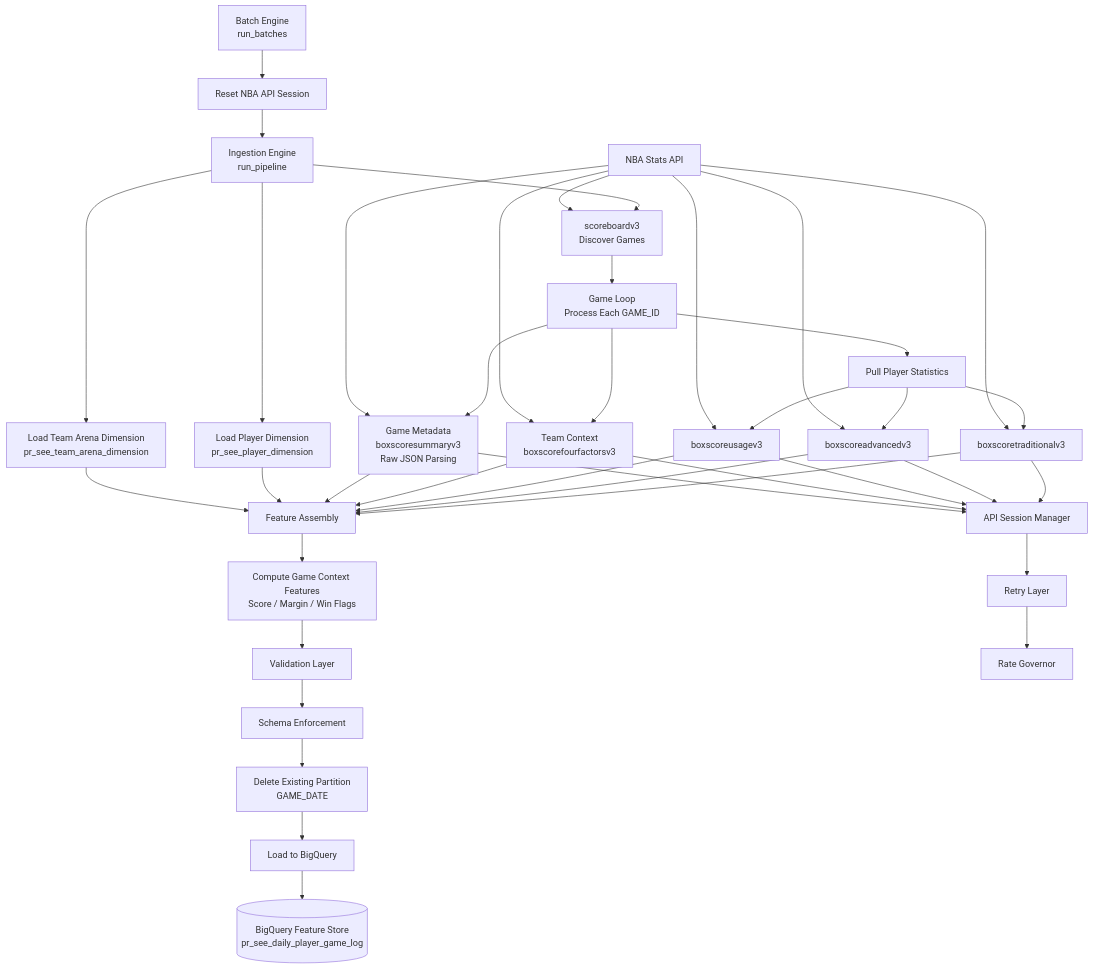
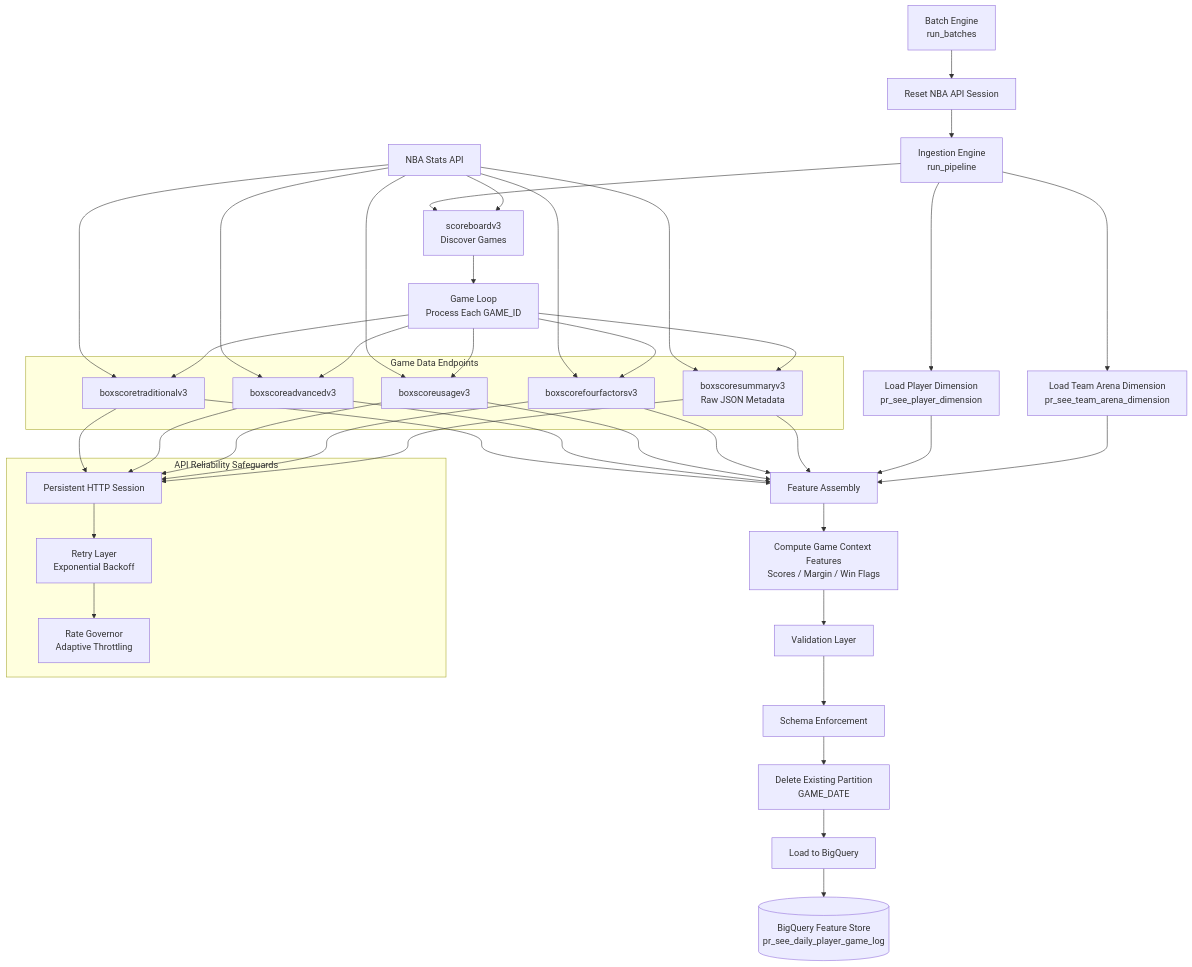
One commit to zh412/nba-feature-store changed the diagram in README.md. Above: the diagram before and after it, drawn with Mermaid.

Commit message:
Fix architecture diagram to reflect actual ingestion pipeline flow

````diff
--- a/README.md
+++ b/README.md
@@ -66,13 +66,11 @@
 flowchart TD
 
 %% =========================================================
-%% PIPELINE ENTRY
+%% PIPELINE ORCHESTRATION
 %% =========================================================
 
 A[Batch Engine<br>run_batches]
-
 A --> B[Reset NBA API Session]
-
 B --> C[Ingestion Engine<br>run_pipeline]
 
 %% =========================================================
@@ -80,7 +78,6 @@
 %% =========================================================
 
 C --> D[Load Player Dimension<br>pr_see_player_dimension]
-
 C --> E[Load Team Arena Dimension<br>pr_see_team_arena_dimension]
 
 %% =========================================================
@@ -89,93 +86,89 @@
 
 C --> F[scoreboardv3<br>Discover Games]
 
-NBA[NBA Stats API] --> F
+API[NBA Stats API] --> F
 
 F --> G[Game Loop<br>Process Each GAME_ID]
 
 %% =========================================================
-%% PLAYER STAT COLLECTION
+%% GAME DATA COLLECTION
 %% =========================================================
 
-G --> H[Pull Player Statistics]
+subgraph GAME_ENDPOINTS[Game Data Endpoints]
 
-H --> I[boxscoretraditionalv3]
-H --> J[boxscoreadvancedv3]
-H --> K[boxscoreusagev3]
+T1[boxscoretraditionalv3]
+T2[boxscoreadvancedv3]
+T3[boxscoreusagev3]
+T4[boxscorefourfactorsv3]
+T5[boxscoresummaryv3<br>Raw JSON Metadata]
 
-NBA --> I
-NBA --> J
-NBA --> K
+end
 
-%% =========================================================
-%% GAME CONTEXT
-%% =========================================================
+API --> T1
+API --> T2
+API --> T3
+API --> T4
+API --> T5
 
-G --> L[Team Context<br>boxscorefourfactorsv3]
-
-NBA --> L
-
-%% =========================================================
-%% GAME METADATA
-%% =========================================================
-
-G --> M[Game Metadata<br>boxscoresummaryv3<br>Raw JSON Parsing]
-
-NBA --> M
+G --> T1
+G --> T2
+G --> T3
+G --> T4
+G --> T5
 
 %% =========================================================
 %% FEATURE ASSEMBLY
 %% =========================================================
 
-I --> N[Feature Assembly]
-J --> N
-K --> N
-L --> N
-M --> N
+T1 --> H[Feature Assembly]
+T2 --> H
+T3 --> H
+T4 --> H
+T5 --> H
 
-D --> N
-E --> N
+D --> H
+E --> H
 
 %% =========================================================
 %% DERIVED FEATURES
 %% =========================================================
 
-N --> O[Compute Game Context Features<br>Score / Margin / Win Flags]
+H --> I[Compute Game Context Features<br>Scores / Margin / Win Flags]
 
 %% =========================================================
-%% DATA VALIDATION
+%% DATA QUALITY LAYER
 %% =========================================================
 
-O --> P[Validation Layer]
-
-P --> Q[Schema Enforcement]
+I --> J[Validation Layer]
+J --> K[Schema Enforcement]
 
 %% =========================================================
 %% WAREHOUSE LOAD
 %% =========================================================
 
-Q --> R[Delete Existing Partition<br>GAME_DATE]
+K --> L[Delete Existing Partition<br>GAME_DATE]
+L --> M[Load to BigQuery]
 
-R --> S[Load to BigQuery]
-
-S --> T[(BigQuery Feature Store<br>pr_see_daily_player_game_log)]
+M --> N[(BigQuery Feature Store<br>pr_see_daily_player_game_log)]
 
 %% =========================================================
-%% API RELIABILITY CONTROLS
+%% API RELIABILITY LAYER
 %% =========================================================
 
-U[API Session Manager]
+subgraph API_RELIABILITY[API Reliability Safeguards]
 
-V[Retry Layer]
+R1[Persistent HTTP Session]
+R2[Retry Layer<br>Exponential Backoff]
+R3[Rate Governor<br>Adaptive Throttling]
 
-W[Rate Governor]
+end
 
-I --> U
-J --> U
-K --> U
-L --> U
-M --> U
+T1 --> R1
+T2 --> R1
+T3 --> R1
+T4 --> R1
+T5 --> R1
 
-U --> V
-V --> W
+R1 --> R2
+R2 --> R3
 ```
````
